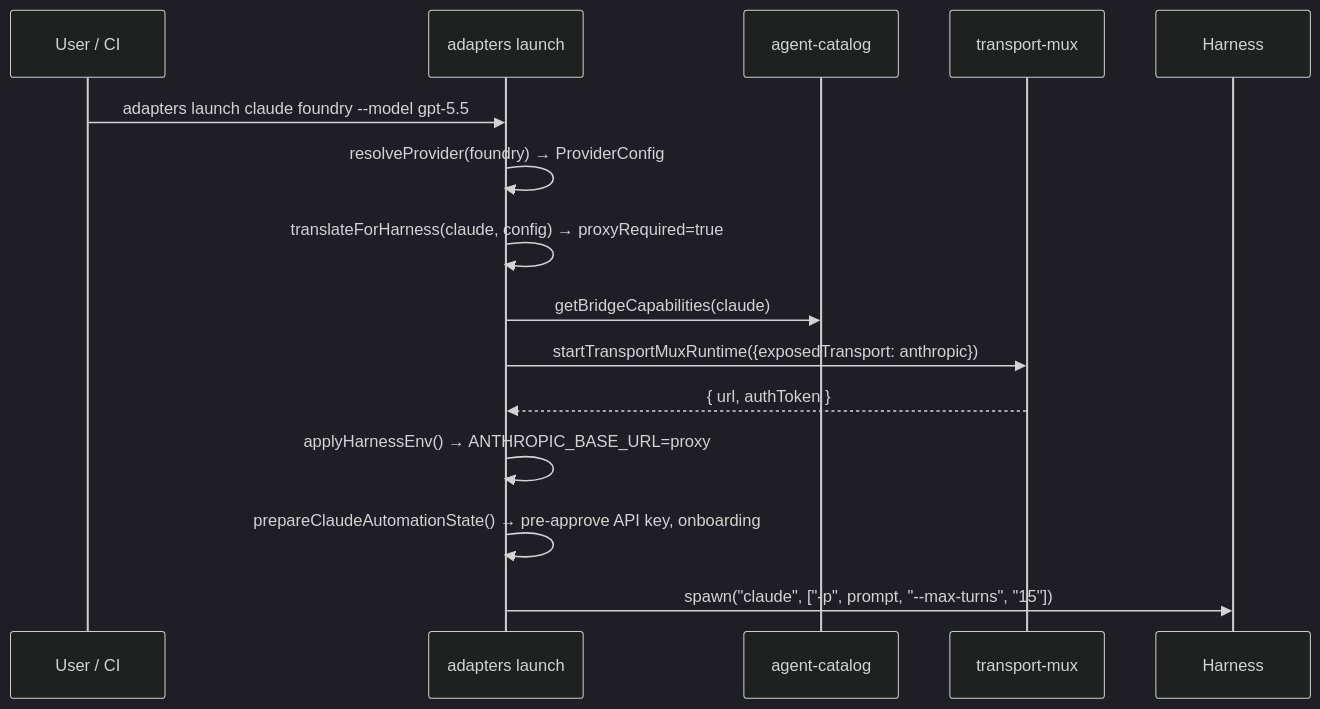
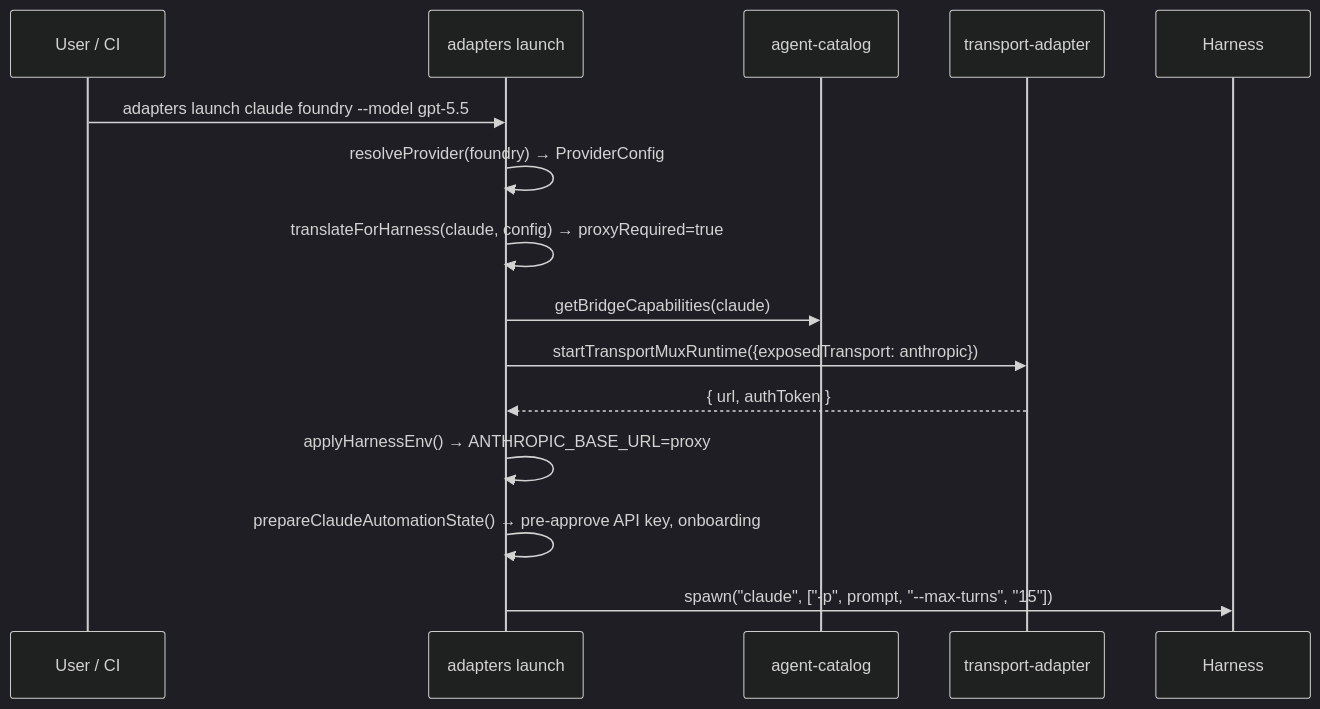
The fourth of 16 diagrams in docs/development/03-babysitter-plugin-flows.md (danielkman/babysitter), drawn with Mermaid (dark theme) before and after one commit. The commit also changed other lines of this file and 682 other files, not shown here.

First line of the commit message:
refactor: eliminate -mux terminology from source — use -adapter

````diff
--- a/docs/development/03-babysitter-plugin-flows.md
+++ b/docs/development/03-babysitter-plugin-flows.md
@@ -137,18 +137,18 @@
 ```mermaid
 sequenceDiagram
     participant U as User / CI
     participant AM as adapters launch
     participant CAT as agent-catalog
-    participant TM as transport-mux
+    participant TM as transport-adapter
     participant H as Harness
 
     U->>AM: adapters launch claude foundry --model gpt-5.5
     AM->>AM: resolveProvider(foundry) → ProviderConfig
     AM->>AM: translateForHarness(claude, config) → proxyRequired=true
     AM->>CAT: getBridgeCapabilities(claude)
     AM->>TM: startTransportMuxRuntime({exposedTransport: anthropic})
     TM-->>AM: { url, authToken }
     AM->>AM: applyHarnessEnv() → ANTHROPIC_BASE_URL=proxy
     AM->>AM: prepareClaudeAutomationState() → pre-approve API key, onboarding
     AM->>H: spawn("claude", ["-p", prompt, "--max-turns", "15"])
 ```
````
